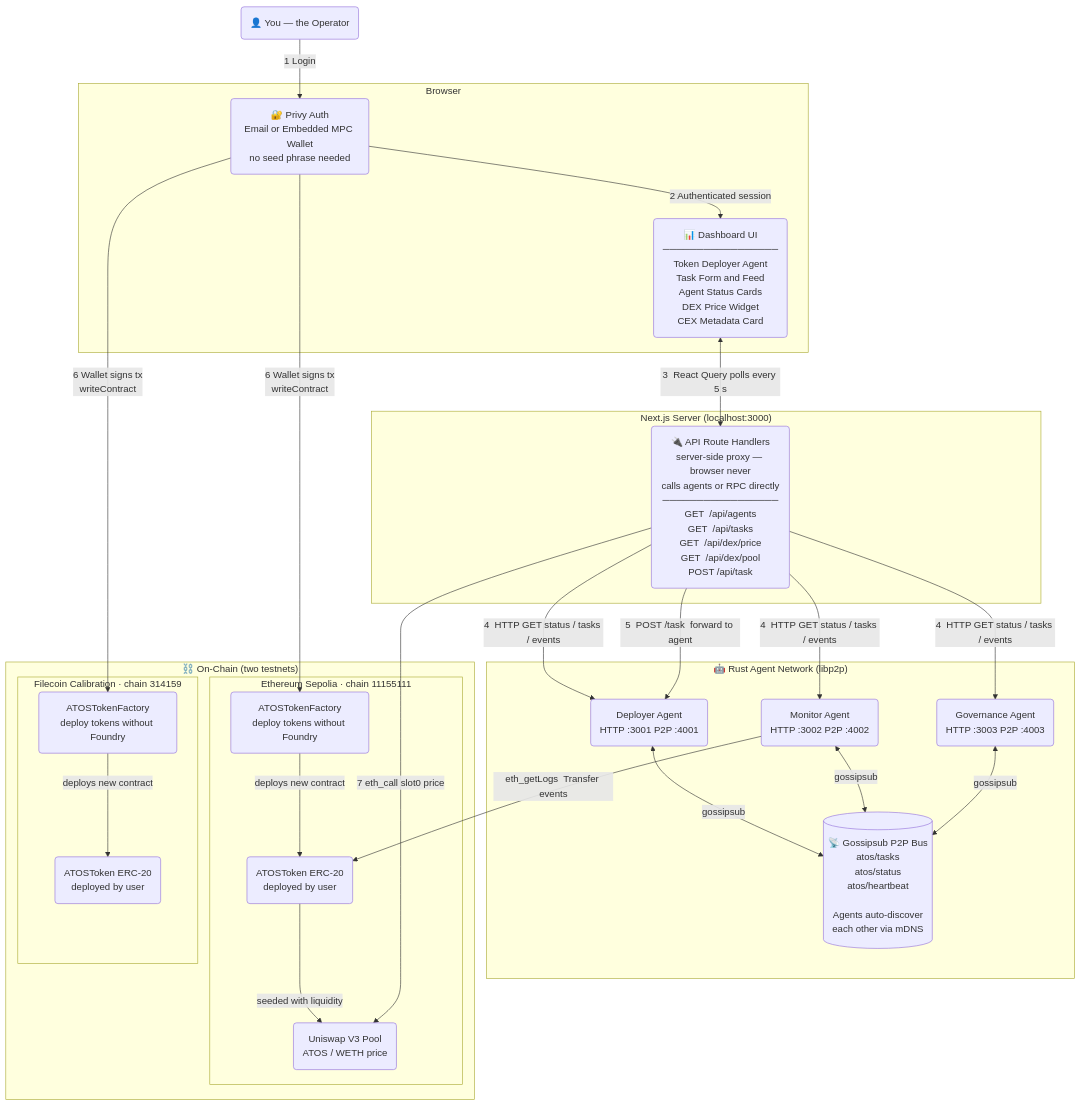
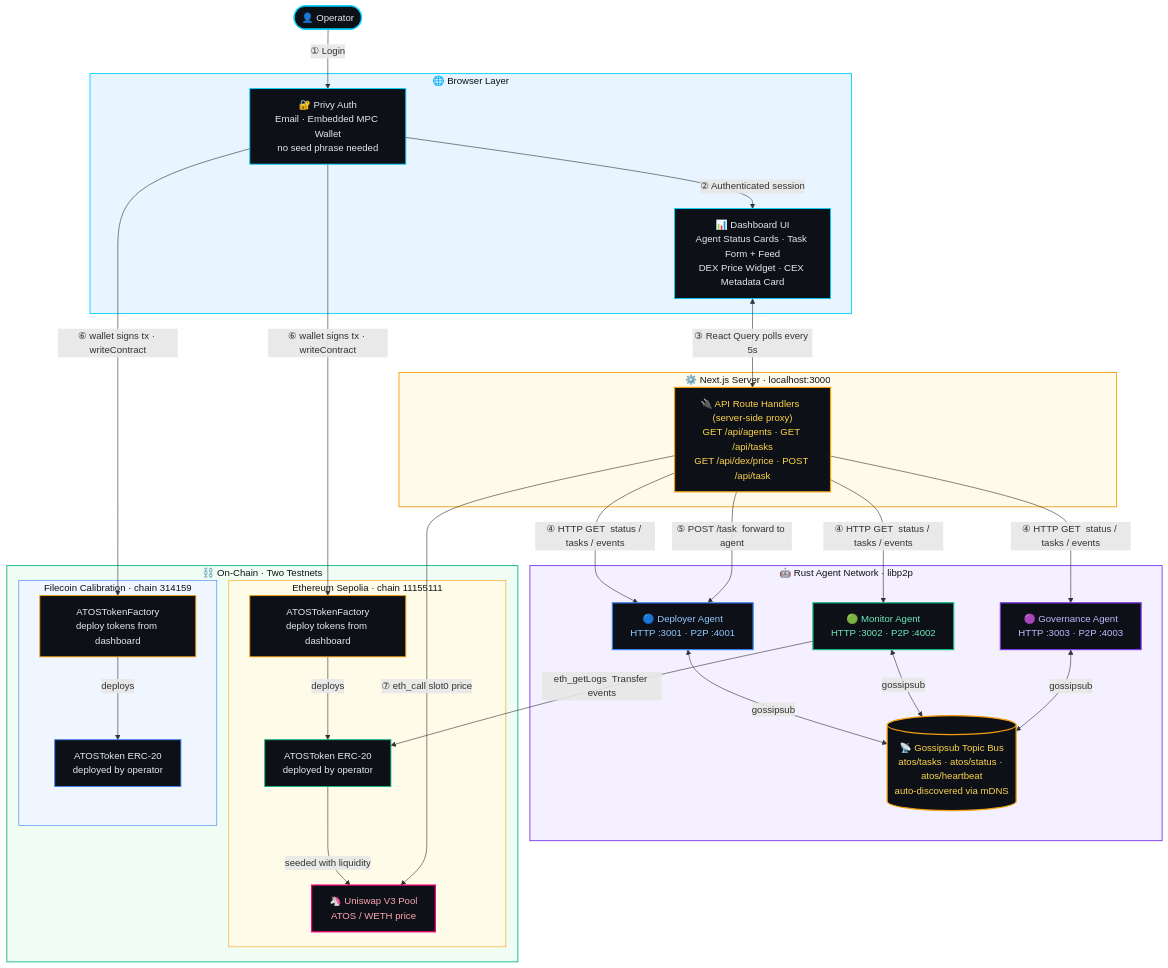
The first of 3 diagrams in apps/web/README.md (anurag-p6/ATOS-Research-Lab), drawn with Mermaid before and after one commit. The commit also changed other lines of this file and 2 other files, not shown here.

Commit message:
added the md files for explanation

````diff
--- a/apps/web/README.md
+++ b/apps/web/README.md
@@ -25,53 +25,76 @@
 ```mermaid
 flowchart TD
-    YOU("👤 You — the Operator")
+    YOU(["👤 Operator"])
 
-    subgraph BROWSER["Browser"]
-        PRIVY("🔐 Privy Auth\nEmail or Embedded MPC Wallet\nno seed phrase needed")
-        UI("📊 Dashboard UI\n─────────────────\nToken Deployer Agent\nTask Form and Feed\nAgent Status Cards\nDEX Price Widget\nCEX Metadata Card")
+    subgraph BROWSER["🌐 Browser Layer"]
+        PRIVY["🔐 Privy Auth\nEmail · Embedded MPC Wallet\nno seed phrase needed"]
+        UI["📊 Dashboard UI\nAgent Status Cards · Task Form + Feed\nDEX Price Widget · CEX Metadata Card"]
     end
 
-    subgraph NEXTJS["Next.js Server  (localhost:3000)"]
-        PROXY("🔌 API Route Handlers\nserver-side proxy — browser never\ncalls agents or RPC directly\n─────────────────\nGET  /api/agents\nGET  /api/tasks\nGET  /api/dex/price\nGET  /api/dex/pool\nPOST /api/task")
+    subgraph NEXTJS["⚙️ Next.js Server  ·  localhost:3000"]
+        PROXY["🔌 API Route Handlers  (server-side proxy)\nGET /api/agents · GET /api/tasks\nGET /api/dex/price · POST /api/task"]
     end
 
-    subgraph AGENTS["🤖 Rust Agent Network  (libp2p)"]
-        DEP("Deployer Agent\nHTTP :3001  P2P :4001")
-        MON("Monitor Agent\nHTTP :3002  P2P :4002")
-        GOV("Governance Agent\nHTTP :3003  P2P :4003")
-        BUS[("📡 Gossipsub P2P Bus\natos/tasks\natos/status\natos/heartbeat\n\nAgents auto-discover\neach other via mDNS")]
+    subgraph AGENTS["🤖 Rust Agent Network  ·  libp2p"]
+        DEP["🔵 Deployer Agent\nHTTP :3001  ·  P2P :4001"]
+        MON["🟢 Monitor Agent\nHTTP :3002  ·  P2P :4002"]
+        GOV["🟣 Governance Agent\nHTTP :3003  ·  P2P :4003"]
+        BUS[("📡 Gossipsub Topic Bus\natos/tasks · atos/status · atos/heartbeat\nauto-discovered via mDNS")]
     end
 
-    subgraph ONCHAIN["⛓️  On-Chain (two testnets)"]
-        subgraph SEP["Ethereum Sepolia  · chain 11155111"]
-            FACT_S("ATOSTokenFactory\ndeploy tokens without Foundry")
-            TOKEN_S("ATOSToken  ERC-20\ndeployed by user")
-            UNI("Uniswap V3 Pool\nATOS / WETH price")
+    subgraph ONCHAIN["⛓️ On-Chain  ·  Two Testnets"]
+        subgraph SEP["Ethereum Sepolia  ·  chain 11155111"]
+            FACT_S["ATOSTokenFactory\ndeploy tokens from dashboard"]
+            TOKEN_S["ATOSToken  ERC-20\ndeployed by operator"]
+            UNI["🦄 Uniswap V3 Pool\nATOS / WETH price"]
         end
-        subgraph CAL["Filecoin Calibration  · chain 314159"]
-            FACT_C("ATOSTokenFactory\ndeploy tokens without Foundry")
-            TOKEN_C("ATOSToken  ERC-20\ndeployed by user")
+        subgraph CAL["Filecoin Calibration  ·  chain 314159"]
+            FACT_C["ATOSTokenFactory\ndeploy tokens from dashboard"]
+            TOKEN_C["ATOSToken  ERC-20\ndeployed by operator"]
         end
     end
 
-    YOU -->|"1  Login"| PRIVY
-    PRIVY -->|"2  Authenticated session"| UI
-    UI <-->|"3  React Query polls every 5 s"| PROXY
-    PROXY -->|"4  HTTP GET status / tasks / events"| DEP
-    PROXY -->|"4  HTTP GET status / tasks / events"| MON
-    PROXY -->|"4  HTTP GET status / tasks / events"| GOV
-    PROXY -->|"5  POST /task  forward to agent"| DEP
+    YOU -->|"① Login"| PRIVY
+    PRIVY -->|"② Authenticated session"| UI
+    UI <-->|"③ React Query polls every 5s"| PROXY
+    PROXY -->|"④ HTTP GET  status / tasks / events"| DEP
+    PROXY -->|"④ HTTP GET  status / tasks / events"| MON
+    PROXY -->|"④ HTTP GET  status / tasks / events"| GOV
+    PROXY -->|"⑤ POST /task  forward to agent"| DEP
 
     DEP <-->|"gossipsub"| BUS
     MON <-->|"gossipsub"| BUS
     GOV <-->|"gossipsub"| BUS
 
-    PRIVY -->|"6  Wallet signs tx\n    writeContract"| FACT_S
-    PRIVY -->|"6  Wallet signs tx\n    writeContract"| FACT_C
-    FACT_S -->|"deploys new contract"| TOKEN_S
-    FACT_C -->|"deploys new contract"| TOKEN_C
+    PRIVY -->|"⑥ wallet signs tx · writeContract"| FACT_S
+    PRIVY -->|"⑥ wallet signs tx · writeContract"| FACT_C
+    FACT_S -->|"deploys"| TOKEN_S
+    FACT_C -->|"deploys"| TOKEN_C
 
     TOKEN_S -->|"seeded with liquidity"| UNI
-    PROXY -->|"7  eth_call  slot0 price"| UNI
+    PROXY -->|"⑦ eth_call  slot0 price"| UNI
     MON -->|"eth_getLogs  Transfer events"| TOKEN_S
+
+    %% Node styles — dark terminal nodes, bright role-coded borders
+    style YOU      fill:#0d1117,stroke:#00d4ff,stroke-width:2px,color:#e2e8f0
+    style PRIVY    fill:#0d1117,stroke:#00d4ff,stroke-width:1.5px,color:#e2e8f0
+    style UI       fill:#0d1117,stroke:#00d4ff,stroke-width:1.5px,color:#e2e8f0
+    style PROXY    fill:#0d1117,stroke:#f59e0b,stroke-width:2px,color:#fcd34d
+    style DEP      fill:#0d1117,stroke:#3b82f6,stroke-width:2px,color:#93c5fd
+    style MON      fill:#0d1117,stroke:#10b981,stroke-width:2px,color:#6ee7b7
+    style GOV      fill:#0d1117,stroke:#7c3aed,stroke-width:2px,color:#c4b5fd
+    style BUS      fill:#0d1117,stroke:#f59e0b,stroke-width:2px,color:#fcd34d
+    style FACT_S   fill:#0d1117,stroke:#f59e0b,stroke-width:1.5px,color:#e2e8f0
+    style TOKEN_S  fill:#0d1117,stroke:#10b981,stroke-width:1.5px,color:#e2e8f0
+    style UNI      fill:#0d1117,stroke:#ff007a,stroke-width:2px,color:#fda4af
+    style FACT_C   fill:#0d1117,stroke:#f59e0b,stroke-width:1.5px,color:#e2e8f0
+    style TOKEN_C  fill:#0d1117,stroke:#3b82f6,stroke-width:1.5px,color:#e2e8f0
+
+    %% Subgraph styles — light tints per layer so connecting lines are visible
+    style BROWSER  fill:#e8f4ff,stroke:#00d4ff,stroke-width:1.5px,color:#0d1117
+    style NEXTJS   fill:#fffbeb,stroke:#f59e0b,stroke-width:1.5px,color:#0d1117
+    style AGENTS   fill:#f5f0ff,stroke:#7c3aed,stroke-width:1.5px,color:#0d1117
+    style ONCHAIN  fill:#f0fdf4,stroke:#10b981,stroke-width:1.5px,color:#0d1117
+    style SEP      fill:#fefce8,stroke:#f59e0b,stroke-width:1px,color:#0d1117
+    style CAL      fill:#eff6ff,stroke:#3b82f6,stroke-width:1px,color:#0d1117
 ```
````
